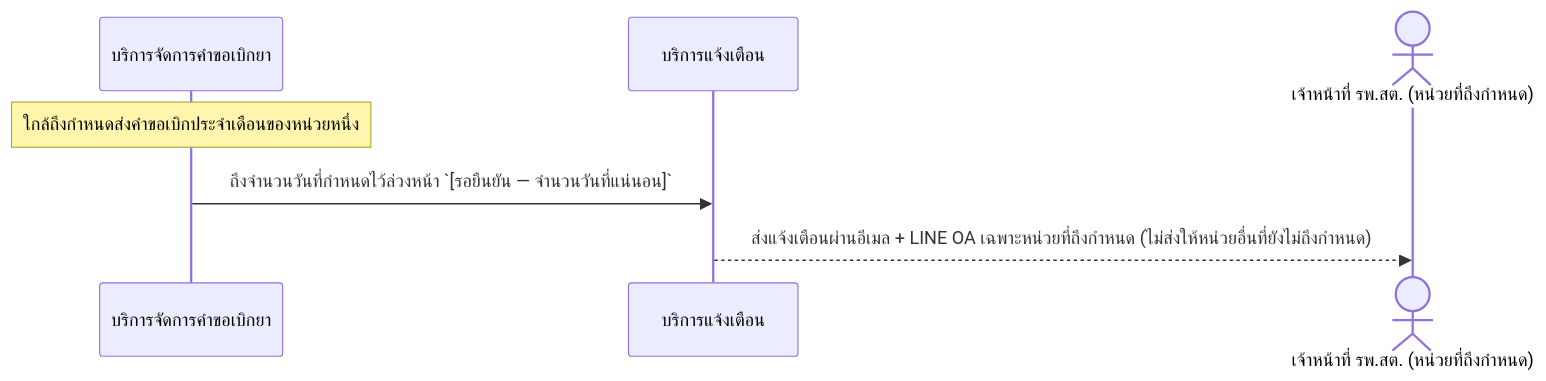
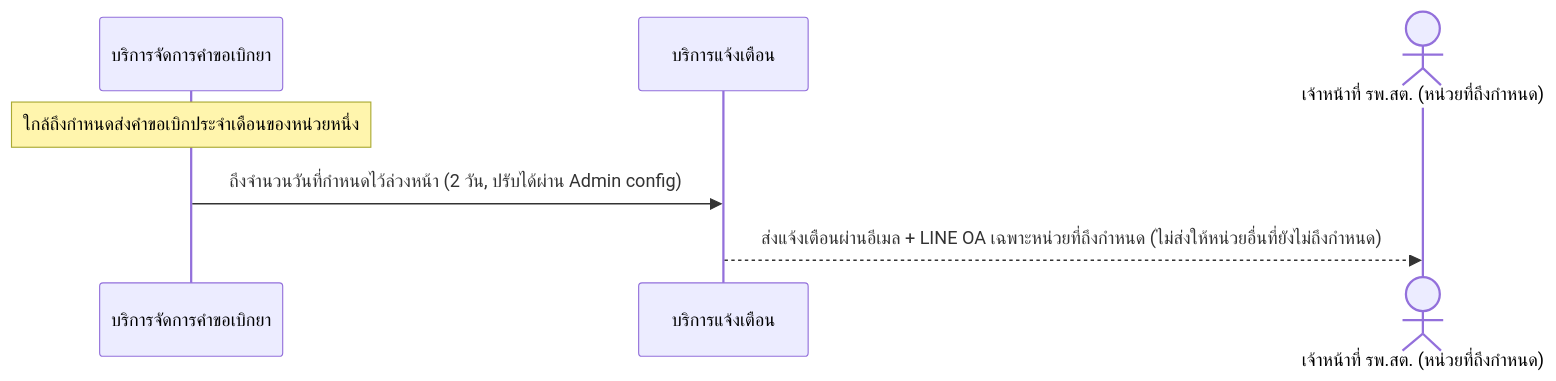
The diagram in 01-requirements/08-detailed-design/advance-requisition-reminder.md (6910127-warang/sync_smart), drawn with Mermaid before and after one commit. The commit also changed other lines of this file and 37 other files, not shown here.

````diff
--- a/01-requirements/08-detailed-design/advance-requisition-reminder.md
+++ b/01-requirements/08-detailed-design/advance-requisition-reminder.md
@@ -21,10 +21,10 @@
 ```mermaid
 sequenceDiagram
     participant REQ as บริการจัดการคำขอเบิกยา
     participant NOTIFY as บริการแจ้งเตือน
     actor STAFF as เจ้าหน้าที่ รพ.สต. (หน่วยที่ถึงกำหนด)
 
     Note over REQ: ใกล้ถึงกำหนดส่งคำขอเบิกประจำเดือนของหน่วยหนึ่ง
-    REQ->>NOTIFY: ถึงจำนวนวันที่กำหนดไว้ล่วงหน้า `[รอยืนยัน — จำนวนวันที่แน่นอน]`
+    REQ->>NOTIFY: ถึงจำนวนวันที่กำหนดไว้ล่วงหน้า (2 วัน, ปรับได้ผ่าน Admin config)
     NOTIFY-->>STAFF: ส่งแจ้งเตือนผ่านอีเมล + LINE OA เฉพาะหน่วยที่ถึงกำหนด (ไม่ส่งให้หน่วยอื่นที่ยังไม่ถึงกำหนด)
 ```
````
